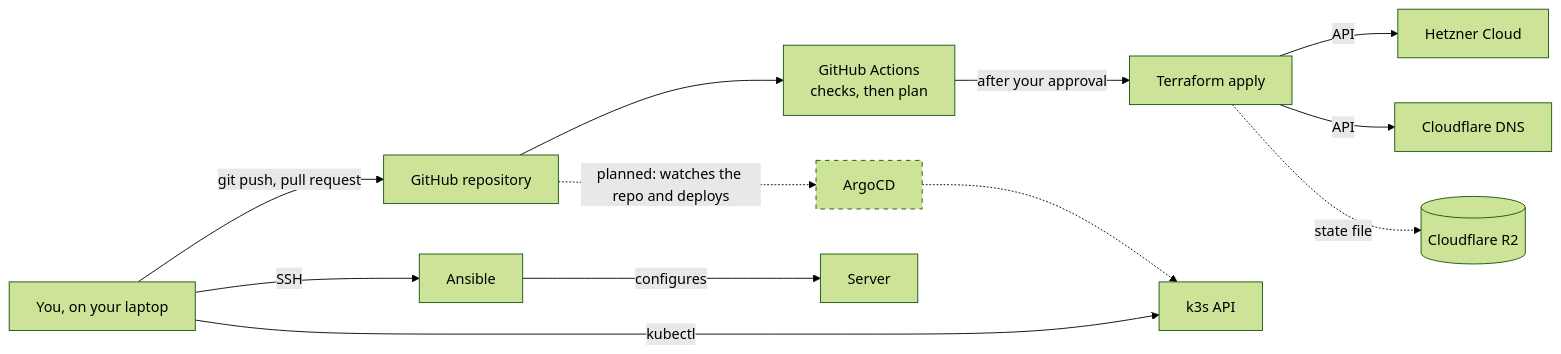
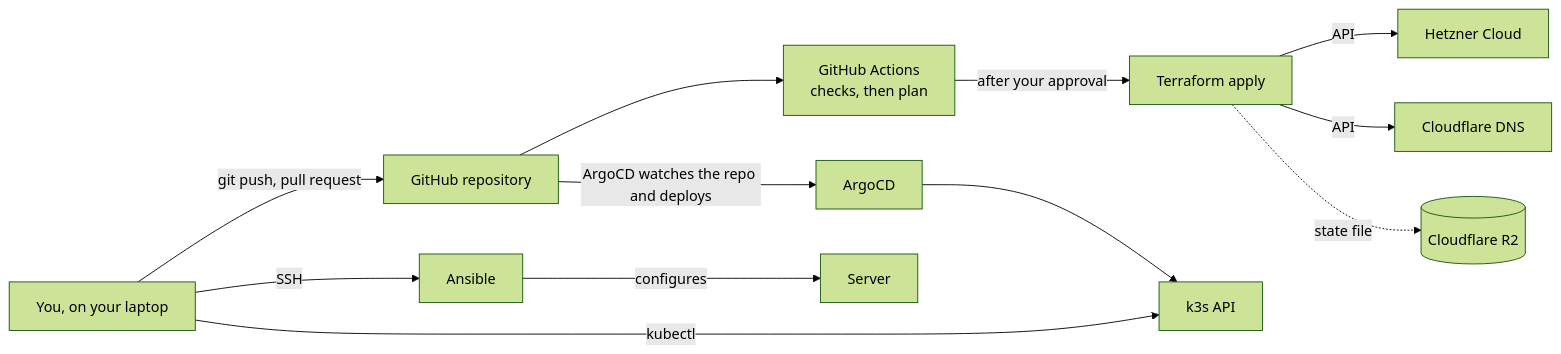
Before and after one commit to BamiseOmolaso/cloudportfoliowebsite: the fourth of 5 diagrams in docs/infra/00-architecture-overview.md, drawn with Mermaid (forest theme). The commit also changed other lines of this file and 2 other files, not shown here.

Commit message:
docs(infra): record the verified Postgres results; mark ArgoCD and Postgres verified in the overview

````diff
--- a/docs/infra/00-architecture-overview.md
+++ b/docs/infra/00-architecture-overview.md
@@ -141,15 +141,15 @@
 ```mermaid
 flowchart LR
   ME["You, on your laptop"] -->|"git push, pull request"| GH["GitHub repository"]
   GH --> CI["GitHub Actions<br/>checks, then plan"]
   CI -->|"after your approval"| TF["Terraform apply"]
   TF -->|"API"| HC["Hetzner Cloud"]
   TF -->|"API"| CFD["Cloudflare DNS"]
   TF -.->|"state file"| R2[("Cloudflare R2")]
   ME -->|"SSH"| ANS["Ansible"] -->|"configures"| SRV["Server"]
   ME -->|"kubectl"| API["k3s API"]
-  GH -.->|"planned: watches the repo and deploys"| ARGO["ArgoCD"]:::planned
-  ARGO -.-> API
+  GH -->|"ArgoCD watches the repo and deploys"| ARGO["ArgoCD"]
+  ARGO --> API
 
   classDef planned stroke-dasharray: 5 5
 ```
````
